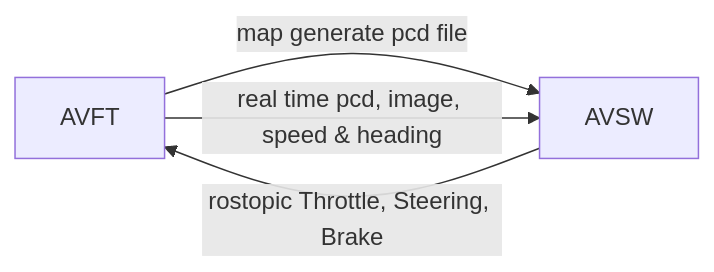
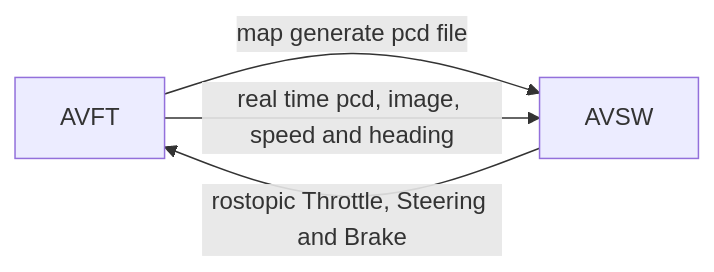
The diagram in README.md (xuehuan-yang/AVFT), drawn with Mermaid before and after one commit.

Commit message:
Thursday-23/June/2022-13:15:14

````diff
--- a/README.md
+++ b/README.md
@@ -17,6 +17,6 @@
 ```mermaid
 graph LR;
 AVFT-->|map generate pcd file|AVSW
-AVFT-->|real time pcd, image, speed & heading|AVSW
-AVSW-->|rostopic Throttle, Steering, Brake|AVFT        
+AVFT-->|real time pcd, image, speed and heading|AVSW
+AVSW-->|rostopic Throttle, Steering and Brake|AVFT        
 ```
````
